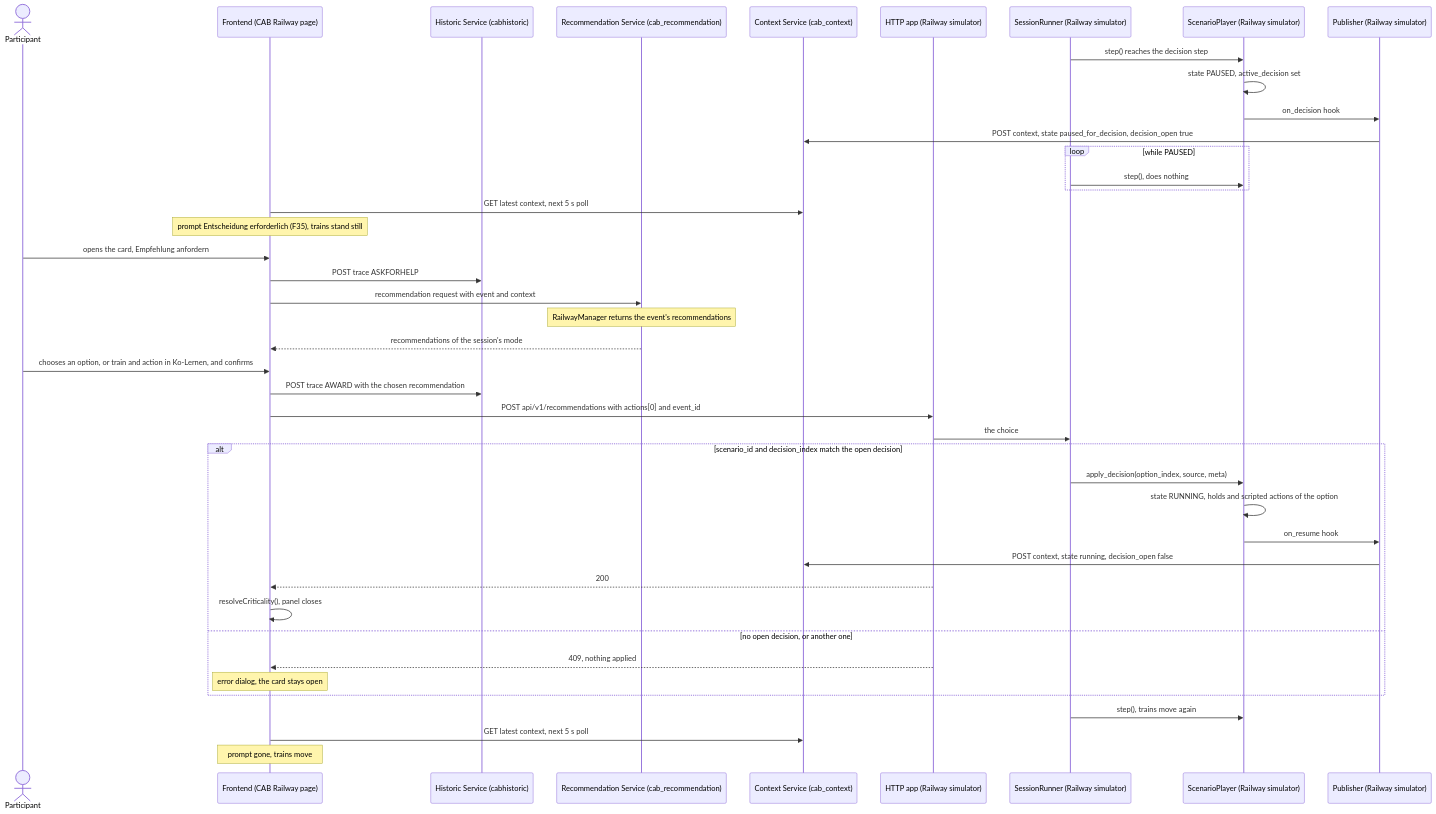
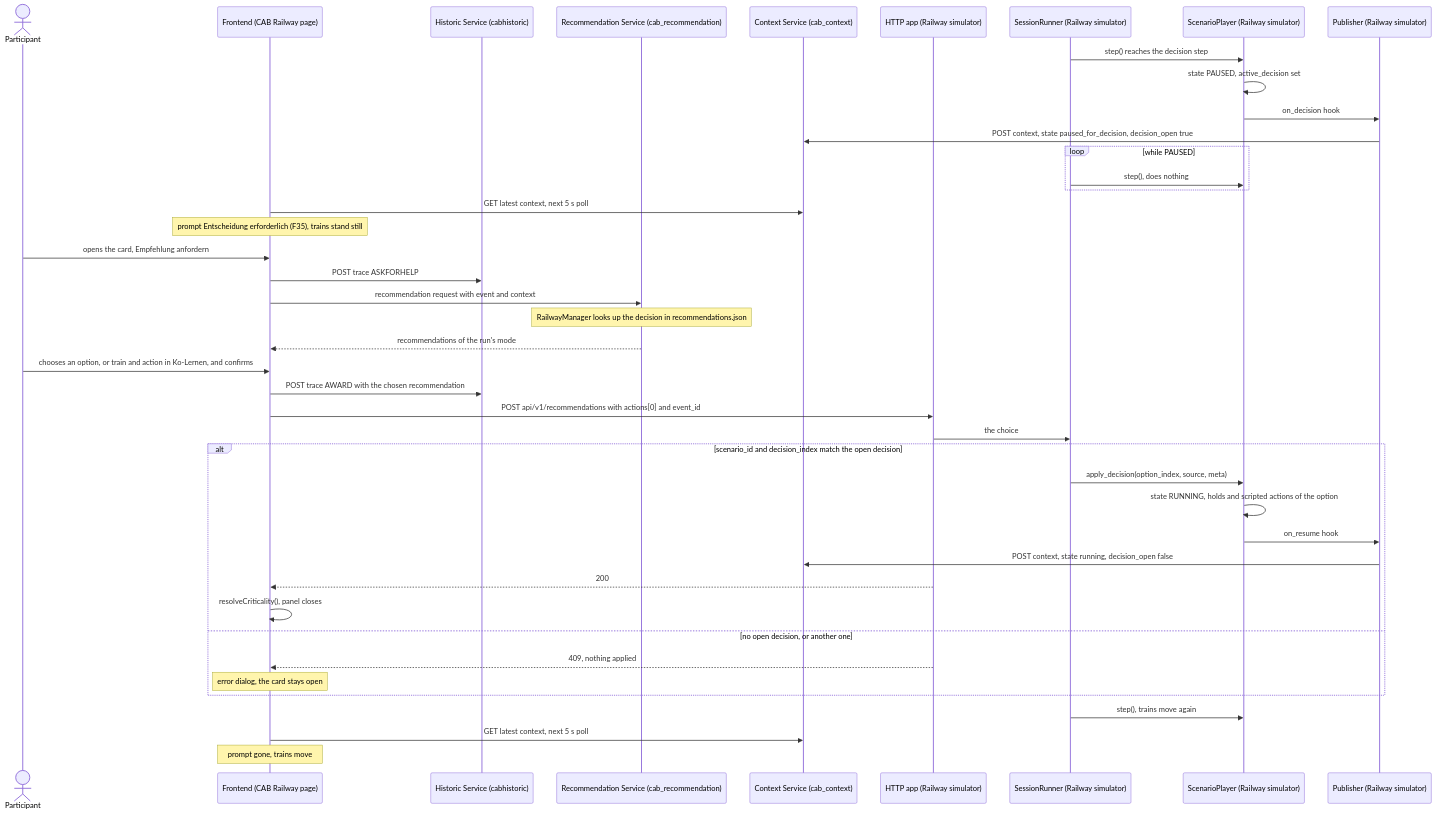
Before and after one commit to ainetus/InteractiveAI: the eighth of 11 diagrams in docs/plans/railway-use-case.md, drawn with Mermaid. The commit also changed other lines of this file, not shown here.

First line of the commit message:
docs(plans): decide the Railway recommendations file, run list and start dialog

````diff
--- a/docs/plans/railway-use-case.md
+++ b/docs/plans/railway-use-case.md
@@ -1122,44 +1209,44 @@
 ```mermaid
 sequenceDiagram
     actor Op as Participant
     participant FE as Frontend (CAB Railway page)
     participant Hist as Historic Service (cabhistoric)
     participant Rec as Recommendation Service (cab_recommendation)
     participant Ctx as Context Service (cab_context)
     participant App as HTTP app (Railway simulator)
     participant Run as SessionRunner (Railway simulator)
     participant Player as ScenarioPlayer (Railway simulator)
     participant Pub as Publisher (Railway simulator)
     Run->>Player: step() reaches the decision step
     Player->>Player: state PAUSED, active_decision set
     Player->>Pub: on_decision hook
     Pub->>Ctx: POST context, state paused_for_decision, decision_open true
     loop while PAUSED
         Run->>Player: step(), does nothing
     end
     FE->>Ctx: GET latest context, next 5 s poll
     Note over FE: prompt Entscheidung erforderlich (F35), trains stand still
     Op->>FE: opens the card, Empfehlung anfordern
     FE->>Hist: POST trace ASKFORHELP
     FE->>Rec: recommendation request with event and context
-    Note over Rec: RailwayManager returns the event's recommendations
-    Rec-->>FE: recommendations of the session's mode
+    Note over Rec: RailwayManager looks up the decision in recommendations.json
+    Rec-->>FE: recommendations of the run's mode
     Op->>FE: chooses an option, or train and action in Ko-Lernen, and confirms
     FE->>Hist: POST trace AWARD with the chosen recommendation
     FE->>App: POST api/v1/recommendations with actions[0] and event_id
     App->>Run: the choice
     alt scenario_id and decision_index match the open decision
         Run->>Player: apply_decision(option_index, source, meta)
         Player->>Player: state RUNNING, holds and scripted actions of the option
         Player->>Pub: on_resume hook
         Pub->>Ctx: POST context, state running, decision_open false
         App-->>FE: 200
         FE->>FE: resolveCriticality(), panel closes
     else no open decision, or another one
         App-->>FE: 409, nothing applied
         Note over FE: error dialog, the card stays open
     end
     Run->>Player: step(), trains move again
     FE->>Ctx: GET latest context, next 5 s poll
     Note over FE: prompt gone, trains move
 ```
````
